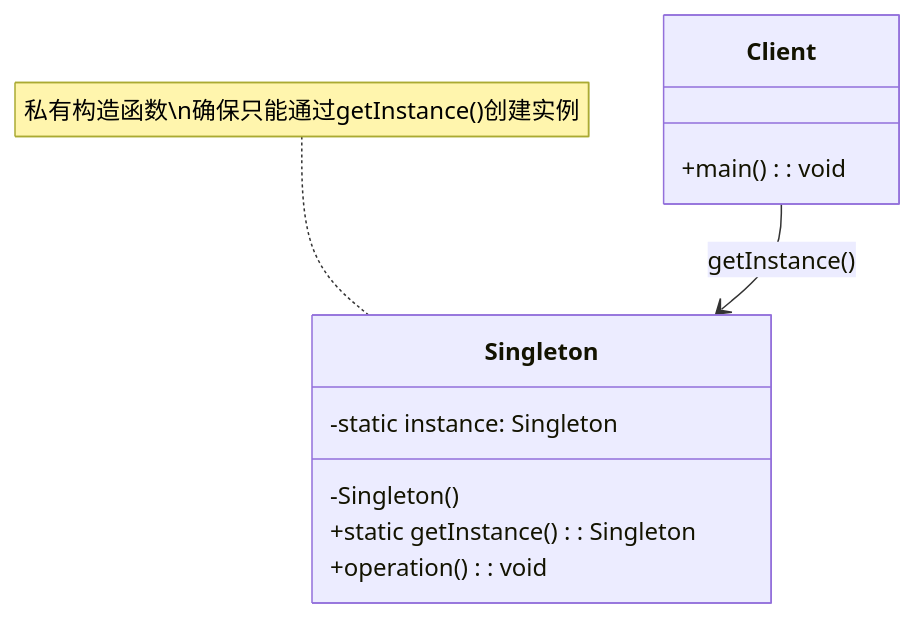
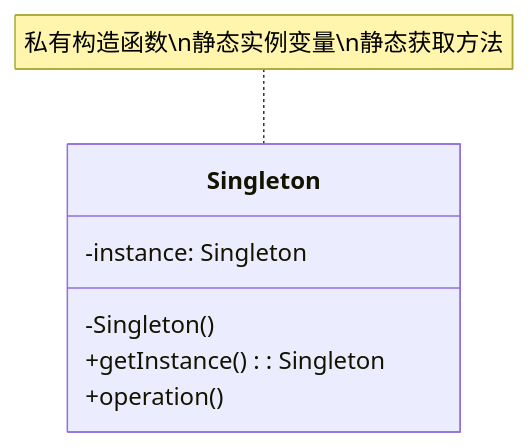
Before and after one commit to fanly/DesignPattern: the first of 2 diagrams in resources/design-patterns/laravel/creational/singleton_zh.md, drawn with Mermaid. The commit also changed other lines of this file and 103 other files, not shown here.

````diff
--- a/resources/design-patterns/laravel/creational/singleton_zh.md
+++ b/resources/design-patterns/laravel/creational/singleton_zh.md
@@ -10,17 +22,11 @@
 ```mermaid
 classDiagram
     class Singleton {
-        -static instance: Singleton
+        -instance: Singleton
         -Singleton()
-        +static getInstance(): Singleton
-        +operation(): void
+        +getInstance(): Singleton
+        +operation()
     }
     
-    class Client {
-        +main(): void
-    }
-    
-    Client --> Singleton : getInstance()
-    
-    note for Singleton "私有构造函数\n确保只能通过getInstance()创建实例"
+    note for Singleton "私有构造函数\n静态实例变量\n静态获取方法"
 ```
````
